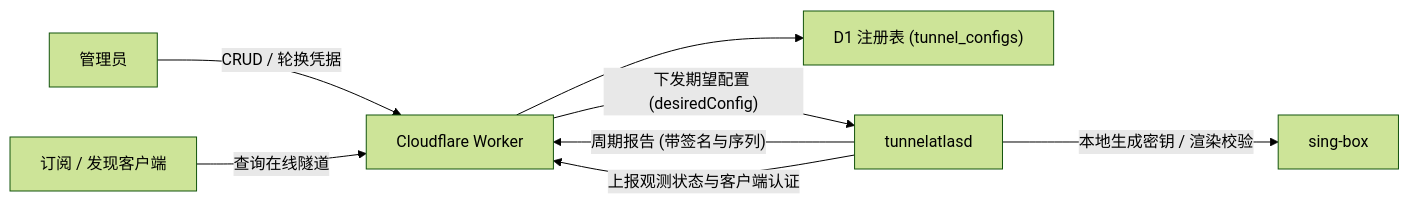
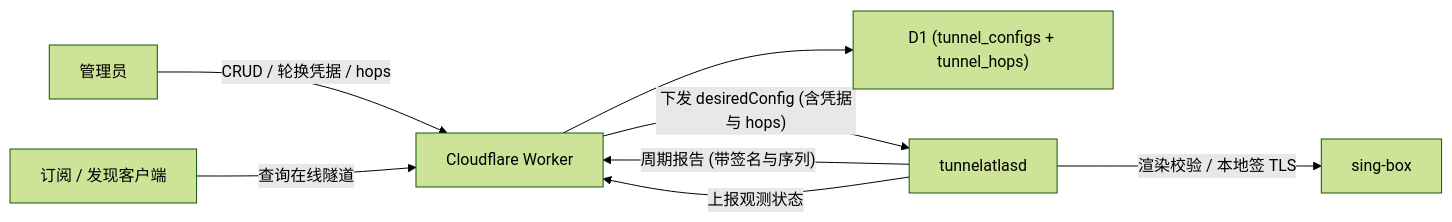
The diagram in docs/architecture.md (huochai67/tunnelatlas), drawn with Mermaid (forest theme) before and after one commit. The commit also changed other lines of this file and 25 other files, not shown here.

First line of the commit message:
feat: host protocol credentials on Worker and add tunnel hops

````diff
--- a/docs/architecture.md
+++ b/docs/architecture.md
@@ -5,10 +5,10 @@
 ```mermaid
 flowchart LR
-  ADM["管理员"] -->|"CRUD / 轮换凭据"| WK["Cloudflare Worker"]
-  WK --> D1["D1 注册表 (tunnel_configs)"]
+  ADM["管理员"] -->|"CRUD / 轮换凭据 / hops"| WK["Cloudflare Worker"]
+  WK --> D1["D1 (tunnel_configs + tunnel_hops)"]
   AG["tunnelatlasd"] -->|"周期报告 (带签名与序列)"| WK
-  WK -->|"下发期望配置 (desiredConfig)"| AG
-  AG -->|"本地生成密钥 / 渲染校验"| ENG["sing-box"]
-  AG -->|"上报观测状态与客户端认证"| WK
+  WK -->|"下发 desiredConfig (含凭据与 hops)"| AG
+  AG -->|"渲染校验 / 本地签 TLS"| ENG["sing-box"]
+  AG -->|"上报观测状态"| WK
   CL["订阅 / 发现客户端"] -->|"查询在线隧道"| WK
 ```
````
